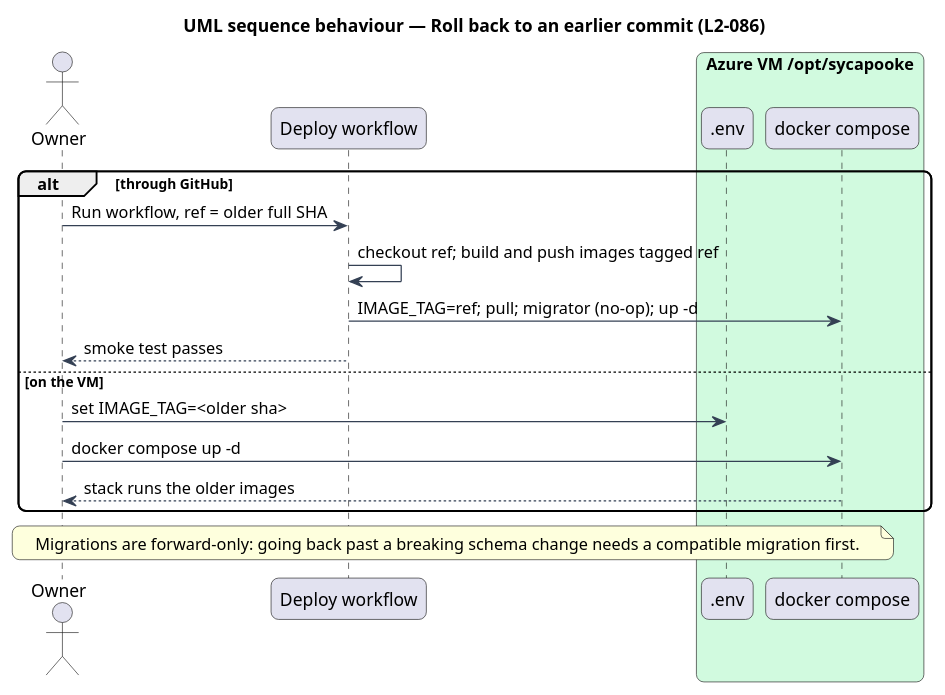
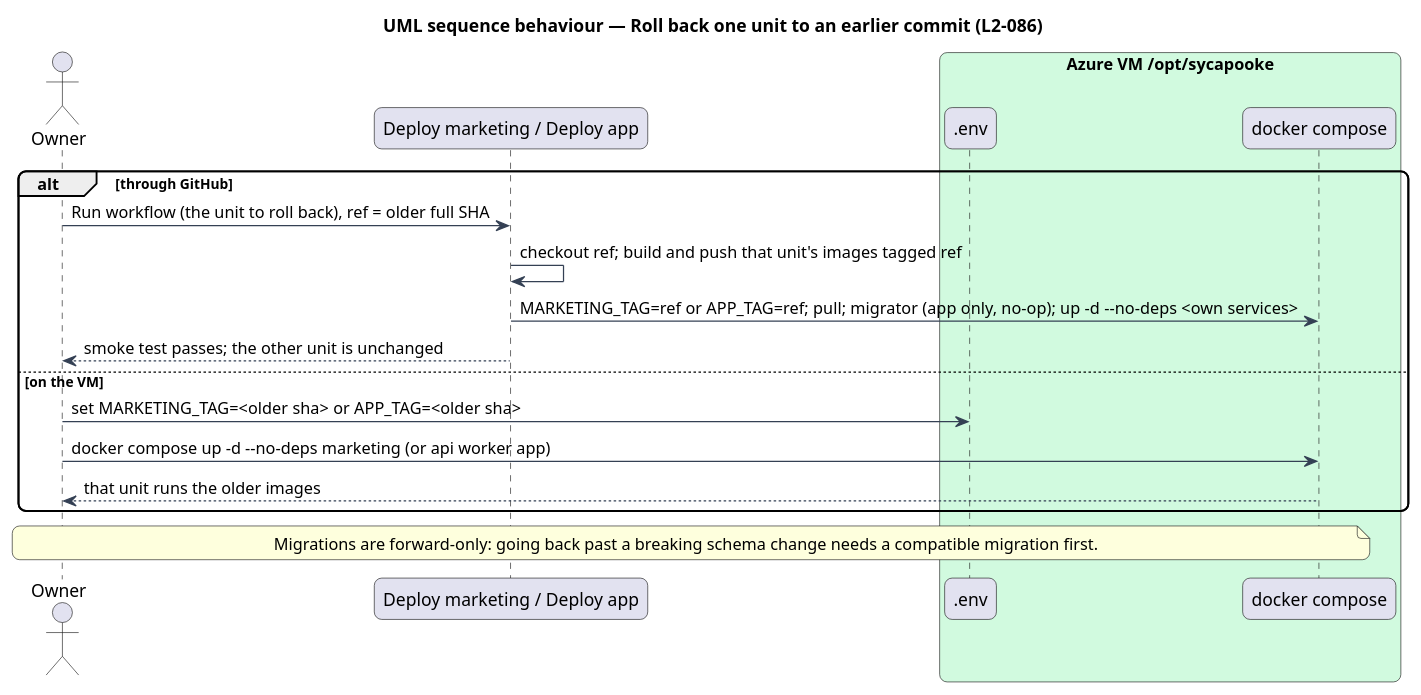
Before and after one commit to QuinntyneBrown/sycapooke: the diagram in docs/detailed-designs/platform/deploy-to-production/diagrams/sequence-rollback.puml, drawn with PlantUML. The commit also changed 22 other files, not shown here.

```diff
--- a/docs/detailed-designs/platform/deploy-to-production/diagrams/sequence-rollback.puml
+++ b/docs/detailed-designs/platform/deploy-to-production/diagrams/sequence-rollback.puml
@@ -1,25 +1,25 @@
 @startuml
-title UML sequence behaviour — Roll back to an earlier commit (L2-086)
+title UML sequence behaviour — Roll back one unit to an earlier commit (L2-086)
 skinparam backgroundColor #FFFFFF
 skinparam shadowing false
 skinparam roundcorner 12
 skinparam defaultFontName Arial
 skinparam ArrowColor #344054
 actor "Owner" as owner
-participant "Deploy workflow" as deploy
+participant "Deploy marketing / Deploy app" as deploy
 box "Azure VM /opt/sycapooke" #D1FADF
   participant ".env" as env
   participant "docker compose" as compose
 end box
 alt through GitHub
-  owner -> deploy : Run workflow, ref = older full SHA
-  deploy -> deploy : checkout ref; build and push images tagged ref
-  deploy -> compose : IMAGE_TAG=ref; pull; migrator (no-op); up -d
-  deploy --> owner : smoke test passes
+  owner -> deploy : Run workflow (the unit to roll back), ref = older full SHA
+  deploy -> deploy : checkout ref; build and push that unit's images tagged ref
+  deploy -> compose : MARKETING_TAG=ref or APP_TAG=ref; pull; migrator (app only, no-op); up -d --no-deps <own services>
+  deploy --> owner : smoke test passes; the other unit is unchanged
 else on the VM
-  owner -> env : set IMAGE_TAG=<older sha>
-  owner -> compose : docker compose up -d
-  compose --> owner : stack runs the older images
+  owner -> env : set MARKETING_TAG=<older sha> or APP_TAG=<older sha>
+  owner -> compose : docker compose up -d --no-deps marketing (or api worker app)
+  compose --> owner : that unit runs the older images
 end
 note over owner, compose : Migrations are forward-only: going back past a breaking schema change needs a compatible migration first.
 @enduml
```
